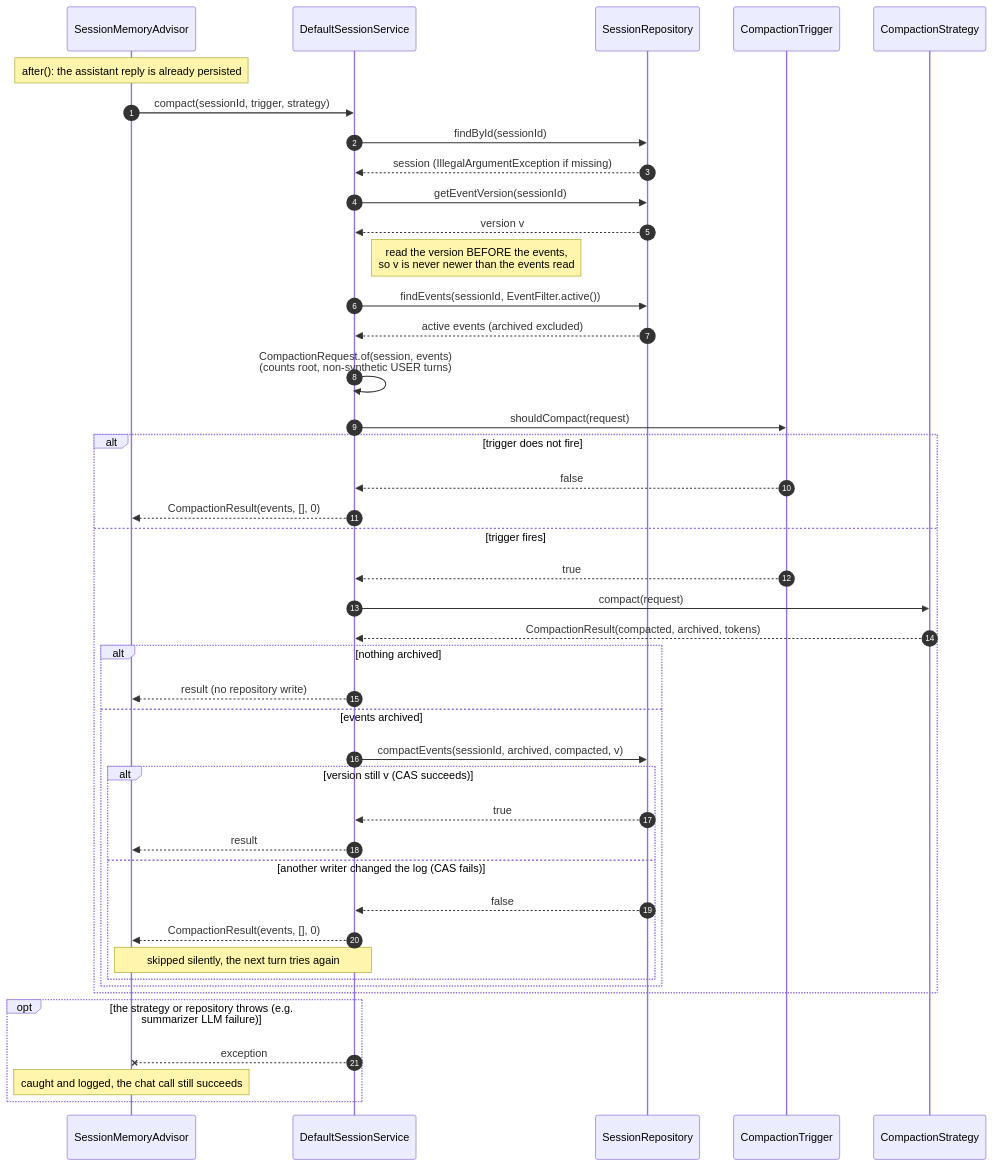
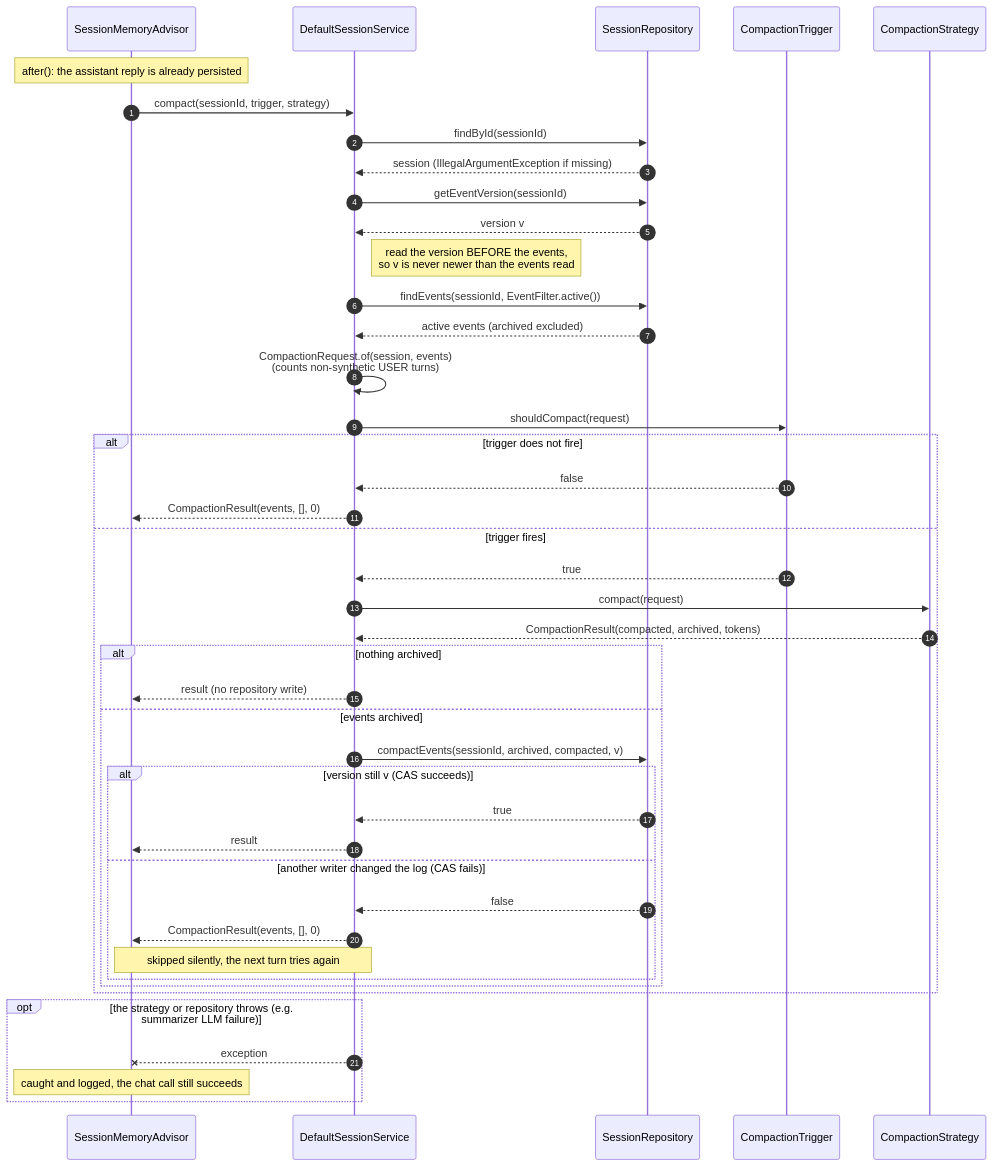
Before and after one commit to andotorg/spring-ai-session: the fourth of 7 diagrams in docs/session-management/compaction-internals.md, drawn with Mermaid. The commit also changed other lines of this file and 44 other files, not shown here.

````diff
--- a/docs/session-management/compaction-internals.md
+++ b/docs/session-management/compaction-internals.md
@@ -180,46 +180,46 @@
 ```mermaid
 sequenceDiagram
     autonumber
     participant Adv as SessionMemoryAdvisor
     participant Svc as DefaultSessionService
     participant Repo as SessionRepository
     participant Trg as CompactionTrigger
     participant Str as CompactionStrategy
 
     Note over Adv: after(): the assistant reply is already persisted
     Adv->>Svc: compact(sessionId, trigger, strategy)
     Svc->>Repo: findById(sessionId)
     Repo-->>Svc: session (IllegalArgumentException if missing)
     Svc->>Repo: getEventVersion(sessionId)
     Repo-->>Svc: version v
     Note right of Svc: read the version BEFORE the events,<br/>so v is never newer than the events read
     Svc->>Repo: findEvents(sessionId, EventFilter.active())
     Repo-->>Svc: active events (archived excluded)
-    Svc->>Svc: CompactionRequest.of(session, events)<br/>(counts root, non-synthetic USER turns)
+    Svc->>Svc: CompactionRequest.of(session, events)<br/>(counts non-synthetic USER turns)
     Svc->>Trg: shouldCompact(request)
     alt trigger does not fire
         Trg-->>Svc: false
         Svc-->>Adv: CompactionResult(events, [], 0)
     else trigger fires
         Trg-->>Svc: true
         Svc->>Str: compact(request)
         Str-->>Svc: CompactionResult(compacted, archived, tokens)
         alt nothing archived
             Svc-->>Adv: result (no repository write)
         else events archived
             Svc->>Repo: compactEvents(sessionId, archived, compacted, v)
             alt version still v (CAS succeeds)
                 Repo-->>Svc: true
                 Svc-->>Adv: result
             else another writer changed the log (CAS fails)
                 Repo-->>Svc: false
                 Svc-->>Adv: CompactionResult(events, [], 0)
                 Note over Svc,Adv: skipped silently, the next turn tries again
             end
         end
     end
     opt the strategy or repository throws (e.g. summarizer LLM failure)
         Svc--xAdv: exception
         Note over Adv: caught and logged, the chat call still succeeds
     end
 ```
````
